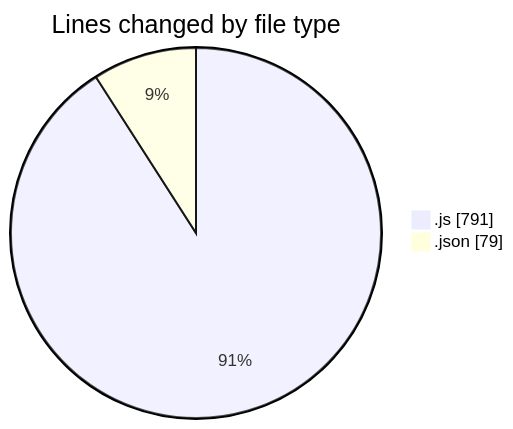
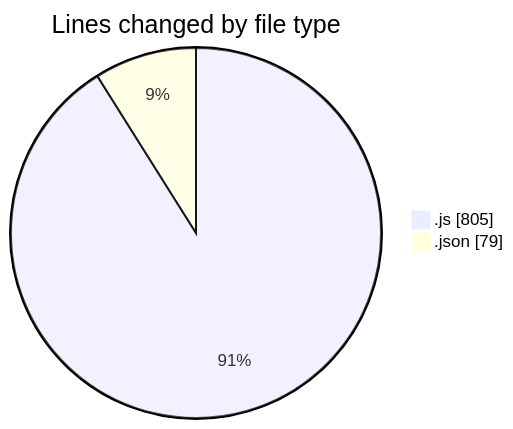
One commit to momahboobian/code-tracking changed the first of 2 diagrams in 2025-01-31/cda/README.md. Above: the diagram before and after it, drawn with Mermaid. The commit also changed other lines of this file and 1 other file, not shown here.

````diff
--- a/2025-01-31/cda/README.md
+++ b/2025-01-31/cda/README.md
@@ -26,6 +26,6 @@
 ```mermaid
 pie showData
 title Lines changed by file type
-".js" : 791
+".js" : 805
 ".json" : 79
 ```
````
